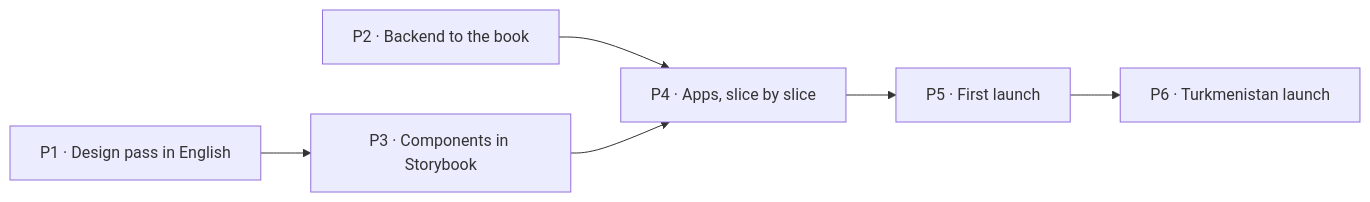
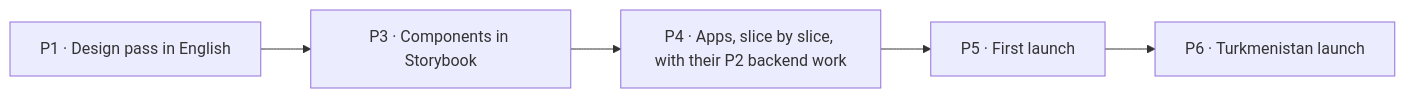
The diagram in docs/product/10-plan.md (azamatos/yeral), drawn with Mermaid before and after one commit. The commit also changed other lines of this file and 7 other files, not shown here.

````diff
--- a/docs/product/10-plan.md
+++ b/docs/product/10-plan.md
@@ -21,8 +21,7 @@
 ```mermaid
 flowchart LR
   P1["P1 · Design pass in English"] --> P3["P3 · Components in Storybook"]
-  P2["P2 · Backend to the book"] --> P4["P4 · Apps, slice by slice"]
-  P3 --> P4
+  P3 --> P4["P4 · Apps, slice by slice, with their P2 backend work"]
   P4 --> P5["P5 · First launch"]
   P5 --> P6["P6 · Turkmenistan launch"]
 ```
````
